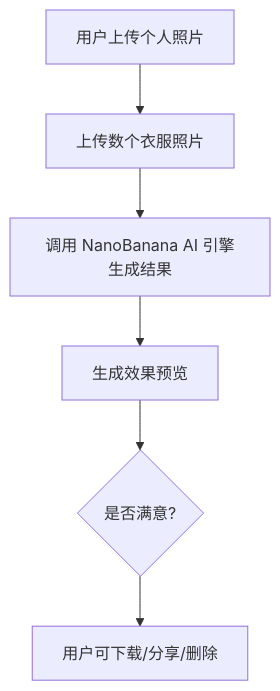
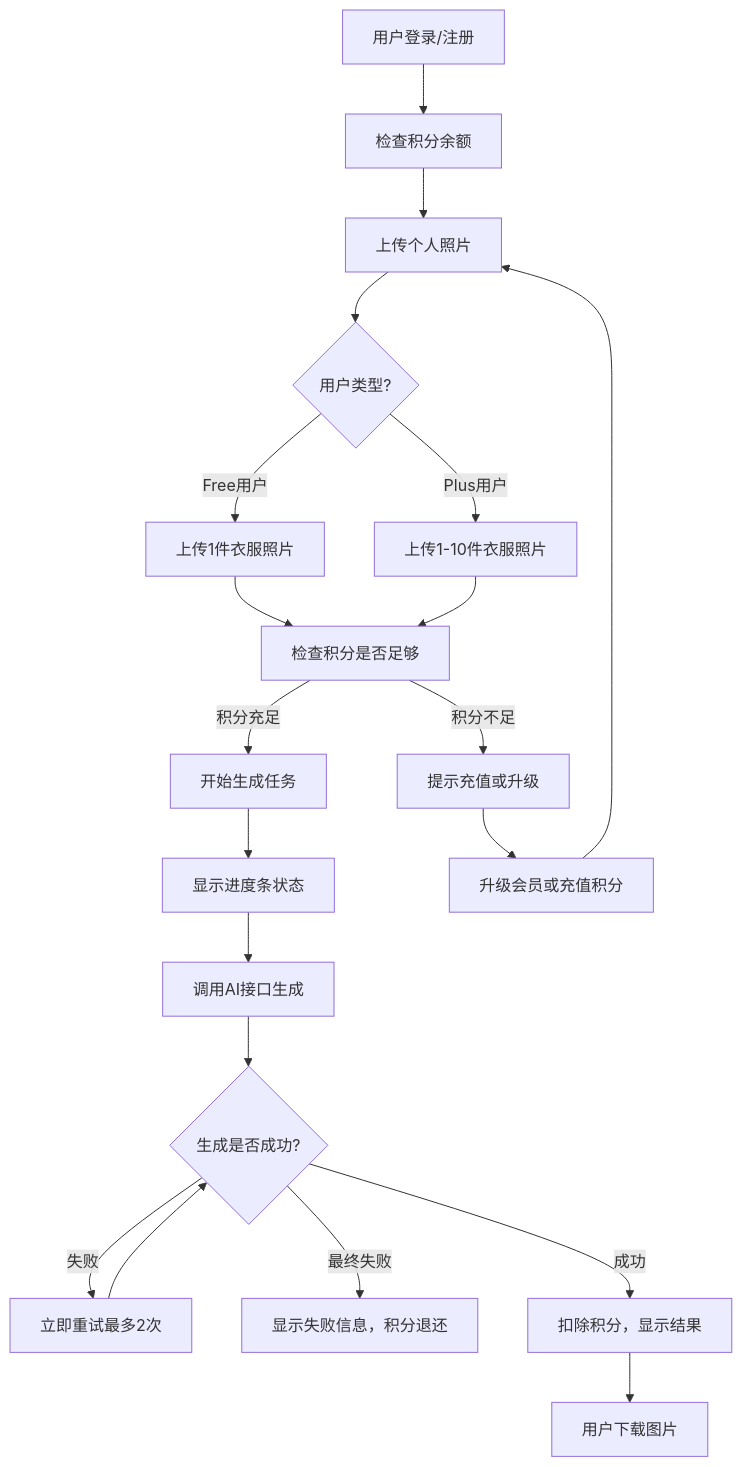
The diagram in 需求文档_mvp.md (XiaogeAIBreaker/nababa-dress), drawn with Mermaid before and after one commit. The commit also changed other lines of this file and 1 other file, not shown here.

````diff
--- a/需求文档_mvp.md
+++ b/需求文档_mvp.md
@@ -151,8 +409,22 @@
 ```mermaid
 flowchart TD
-    A[用户上传个人照片] --> B[上传数个衣服照片]
-    B --> C[调用 NanoBanana AI 引擎生成结果]
-    C --> D[生成效果预览]
-    D --> E{是否满意?}
-    E --> F[用户可下载/分享/删除]
+    A[用户登录/注册] --> B[检查积分余额]
+    B --> C[上传个人照片]
+    C --> D{用户类型?}
+    D -->|Free用户| E[上传1件衣服照片]
+    D -->|Plus用户| F[上传1-10件衣服照片]
+    E --> G[检查积分是否足够]
+    F --> G
+    G -->|积分不足| H[提示充值或升级]
+    G -->|积分充足| I[开始生成任务]
+    I --> J[显示进度条状态]
+    J --> K[调用AI接口生成]
+    K --> L{生成是否成功?}
+    L -->|失败| M[立即重试最多2次]
+    M --> L
+    L -->|最终失败| N[显示失败信息，积分退还]
+    L -->|成功| O[扣除积分，显示结果]
+    O --> P[用户下载图片]
+    H --> Q[升级会员或充值积分]
+    Q --> C
 ```
````
